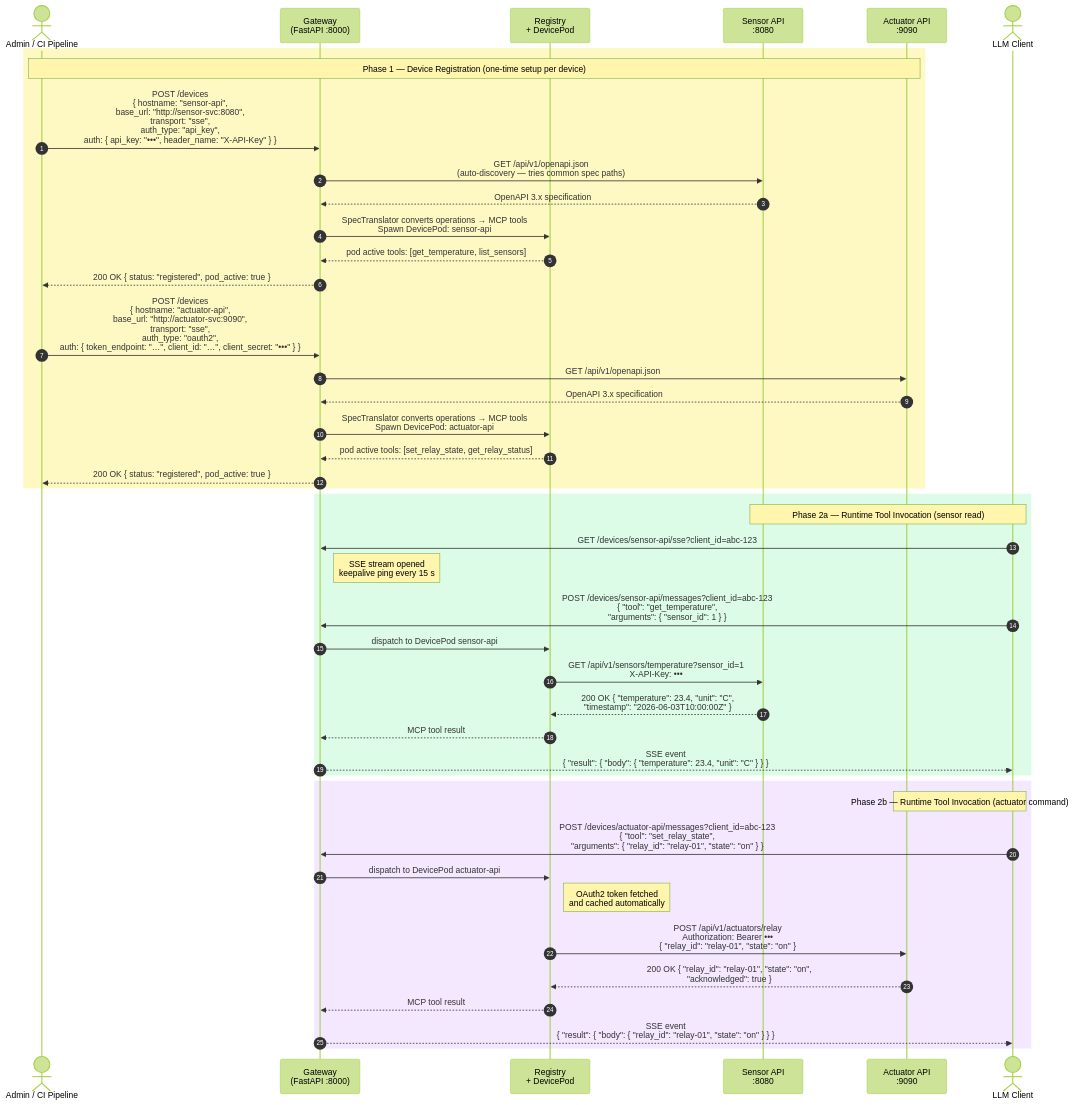
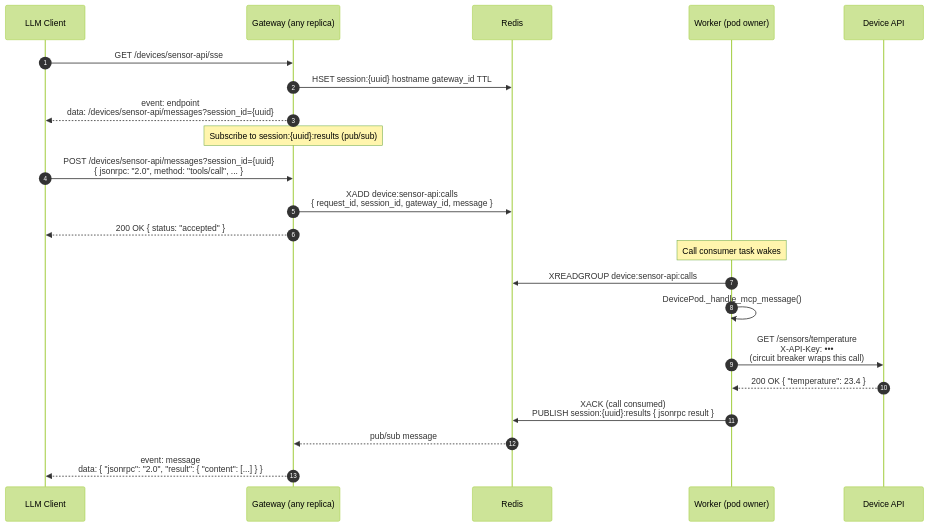
Before and after one commit to benwold-lgtm/MCP-Gateway: the third of 3 diagrams in docs/kubernetes-architecture.md, drawn with Mermaid (forest theme). The commit also changed other lines of this file and 14 other files, not shown here.

````diff
--- a/docs/kubernetes-architecture.md
+++ b/docs/kubernetes-architecture.md
@@ -89,61 +119,29 @@
 ```mermaid
 sequenceDiagram
     autonumber
 
-    actor Admin as Admin / CI Pipeline
-    participant GW as Gateway<br/>(FastAPI :8000)
-    participant REG as Registry<br/>+ DevicePod
-    participant SENSOR as Sensor API<br/>:8080
-    participant ACTUATOR as Actuator API<br/>:9090
-    actor LLM as LLM Client
+    participant LLM as LLM Client
+    participant GW as Gateway (any replica)
+    participant REDIS as Redis
+    participant WK as Worker (pod owner)
+    participant API as Device API
 
-    rect rgb(254, 249, 195)
-        Note over Admin,ACTUATOR: Phase 1 — Device Registration  (one-time setup per device)
+    LLM->>GW: GET /devices/sensor-api/sse
+    GW->>REDIS: HSET session:{uuid} hostname gateway_id TTL
+    GW-->>LLM: event: endpoint<br/>data: /devices/sensor-api/messages?session_id={uuid}
+    Note over GW: Subscribe to session:{uuid}:results (pub/sub)
 
-        Admin->>GW: POST /devices<br/>{ hostname: "sensor-api",<br/>  base_url: "http://sensor-svc:8080",<br/>  transport: "sse",<br/>  auth_type: "api_key",<br/>  auth: { api_key: "•••", header_name: "X-API-Key" } }
+    LLM->>GW: POST /devices/sensor-api/messages?session_id={uuid}<br/>{ jsonrpc: "2.0", method: "tools/call", ... }
+    GW->>REDIS: XADD device:sensor-api:calls<br/>{ request_id, session_id, gateway_id, message }
+    GW-->>LLM: 200 OK { status: "accepted" }
 
-        GW->>SENSOR: GET /api/v1/openapi.json<br/>(auto-discovery — tries common spec paths)
-        SENSOR-->>GW: OpenAPI 3.x specification
+    Note over WK: Call consumer task wakes
+    WK->>REDIS: XREADGROUP device:sensor-api:calls
+    WK->>WK: DevicePod._handle_mcp_message()
+    WK->>API: GET /sensors/temperature<br/>X-API-Key: •••<br/>(circuit breaker wraps this call)
+    API-->>WK: 200 OK { "temperature": 23.4 }
+    WK->>REDIS: XACK  (call consumed)<br/>PUBLISH session:{uuid}:results { jsonrpc result }
 
-        GW->>REG: SpecTranslator converts operations → MCP tools<br/>Spawn DevicePod: sensor-api
-        REG-->>GW: pod active  tools: [get_temperature, list_sensors]
-        GW-->>Admin: 200 OK  { status: "registered", pod_active: true }
-
-        Admin->>GW: POST /devices<br/>{ hostname: "actuator-api",<br/>  base_url: "http://actuator-svc:9090",<br/>  transport: "sse",<br/>  auth_type: "oauth2",<br/>  auth: { token_endpoint: "…", client_id: "…", client_secret: "•••" } }
-
-        GW->>ACTUATOR: GET /api/v1/openapi.json
-        ACTUATOR-->>GW: OpenAPI 3.x specification
-
-        GW->>REG: SpecTranslator converts operations → MCP tools<br/>Spawn DevicePod: actuator-api
-        REG-->>GW: pod active  tools: [set_relay_state, get_relay_status]
-        GW-->>Admin: 200 OK  { status: "registered", pod_active: true }
-    end
-
-    rect rgb(220, 252, 231)
-        Note over LLM,SENSOR: Phase 2a — Runtime Tool Invocation  (sensor read)
-
-        LLM->>GW: GET /devices/sensor-api/sse?client_id=abc-123
-        Note right of GW: SSE stream opened<br/>keepalive ping every 15 s
-
-        LLM->>GW: POST /devices/sensor-api/messages?client_id=abc-123<br/>{ "tool": "get_temperature",<br/>  "arguments": { "sensor_id": 1 } }
-
-        GW->>REG: dispatch to DevicePod sensor-api
-        REG->>SENSOR: GET /api/v1/sensors/temperature?sensor_id=1<br/>X-API-Key: •••
-        SENSOR-->>REG: 200 OK  { "temperature": 23.4, "unit": "C",<br/>  "timestamp": "2026-06-03T10:00:00Z" }
-        REG-->>GW: MCP tool result
-        GW-->>LLM: SSE event<br/>{ "result": { "body": { "temperature": 23.4, "unit": "C" } } }
-    end
-
-    rect rgb(243, 232, 255)
-        Note over LLM,ACTUATOR: Phase 2b — Runtime Tool Invocation  (actuator command)
-
-        LLM->>GW: POST /devices/actuator-api/messages?client_id=abc-123<br/>{ "tool": "set_relay_state",<br/>  "arguments": { "relay_id": "relay-01", "state": "on" } }
-
-        GW->>REG: dispatch to DevicePod actuator-api
-        Note right of REG: OAuth2 token fetched<br/>and cached automatically
-        REG->>ACTUATOR: POST /api/v1/actuators/relay<br/>Authorization: Bearer •••<br/>{ "relay_id": "relay-01", "state": "on" }
-        ACTUATOR-->>REG: 200 OK  { "relay_id": "relay-01", "state": "on",<br/>  "acknowledged": true }
-        REG-->>GW: MCP tool result
-        GW-->>LLM: SSE event<br/>{ "result": { "body": { "relay_id": "relay-01", "state": "on" } } }
-    end
+    REDIS-->>GW: pub/sub message
+    GW-->>LLM: event: message<br/>data: { "jsonrpc": "2.0", "result": { "content": [...] } }
 ```
````
